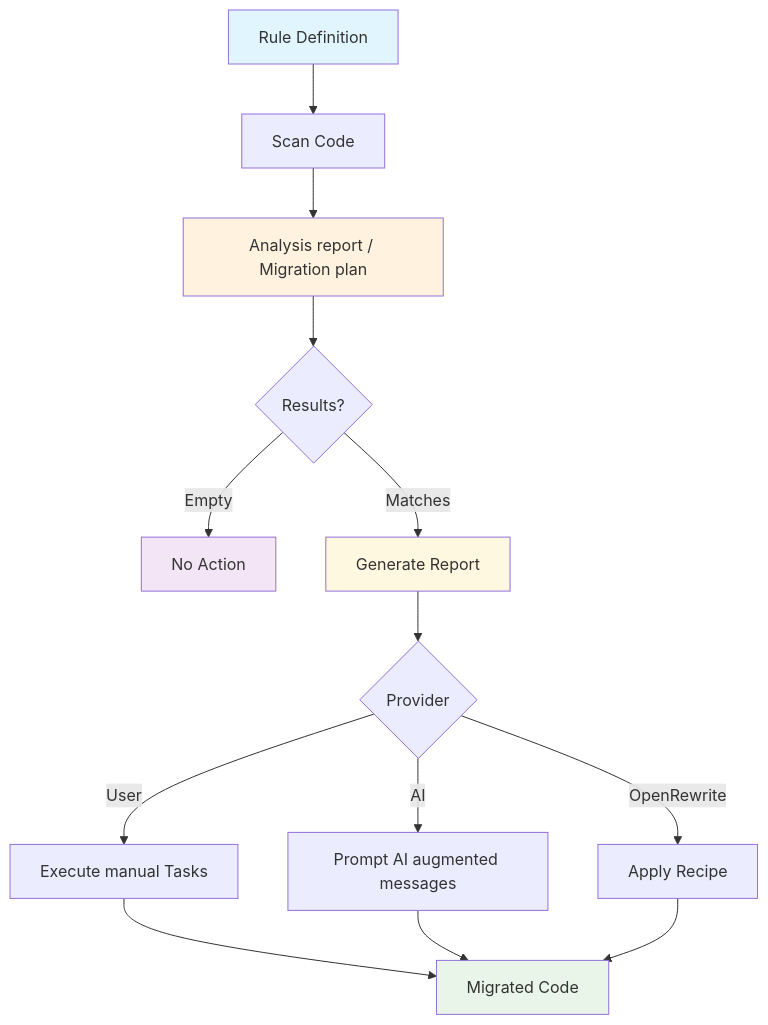
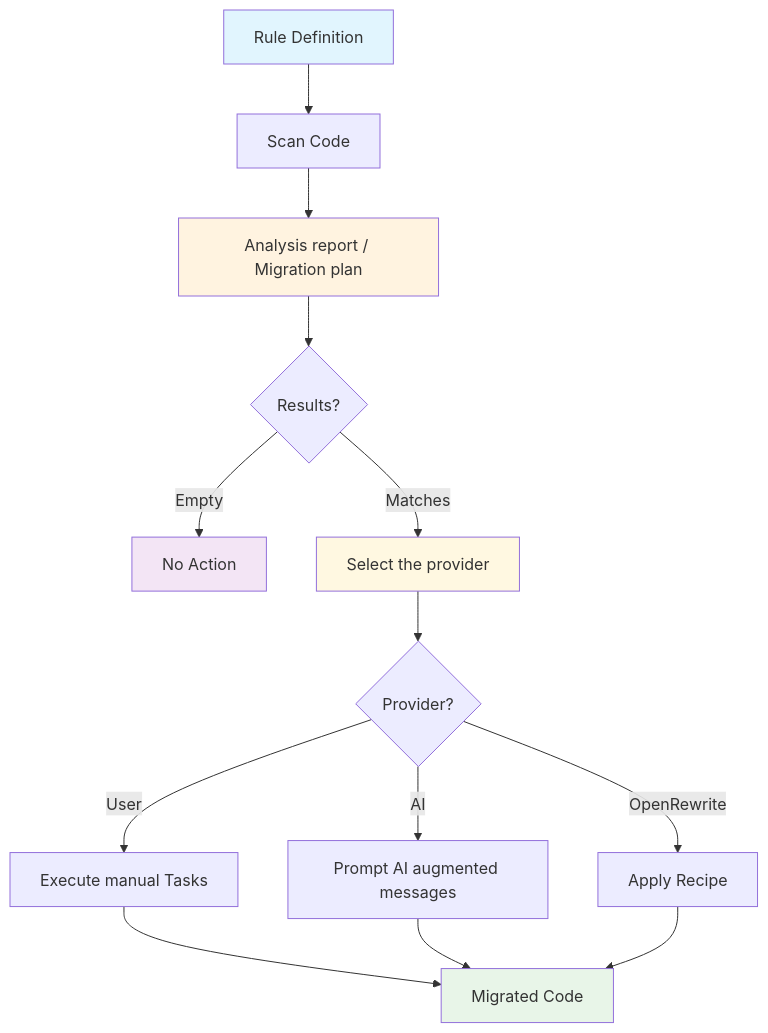
One commit to snowdrop/migration-tool changed the diagram in README.md. Above: the diagram before and after it, drawn with Mermaid.

Commit message:
Fix small issue

````diff
--- a/README.md
+++ b/README.md
@@ -11,21 +11,21 @@
 ```mermaid
 flowchart TD
     A[Rule Definition] --> B[Scan Code]
     B --> C[Analysis report / Migration plan]
     C --> D{Results?}
     D -->|Empty| E[No Action]
-    D -->|Matches| F[Generate Report]
-    F --> G{Provider}
+    D -->|Matches| F[Select the provider]
+    F --> G{Provider?}
     G -->|User| H[Execute manual Tasks]
     G -->|AI| I[Prompt AI augmented messages]
     G -->|OpenRewrite| J[Apply Recipe]
     H --> K[Migrated Code]
     I --> K
     J --> K
 
     style A fill:#e1f5fe
     style C fill:#fff3e0
     style E fill:#f3e5f5
     style K fill:#e8f5e8
     style F fill:#fff8e1
 ```
````
